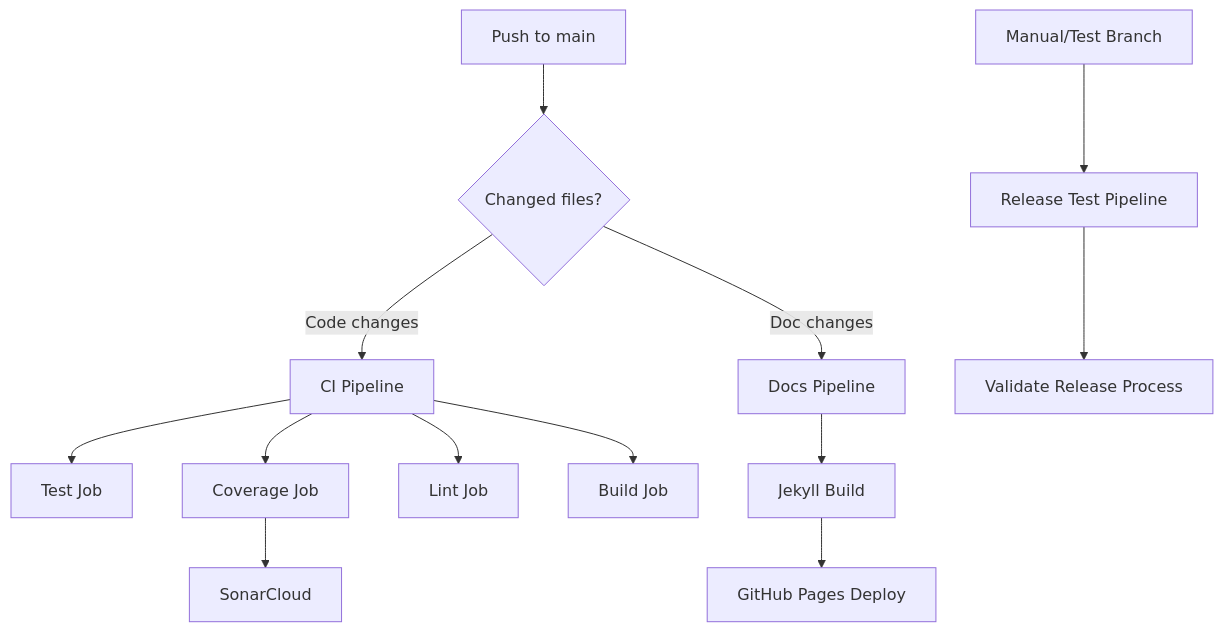
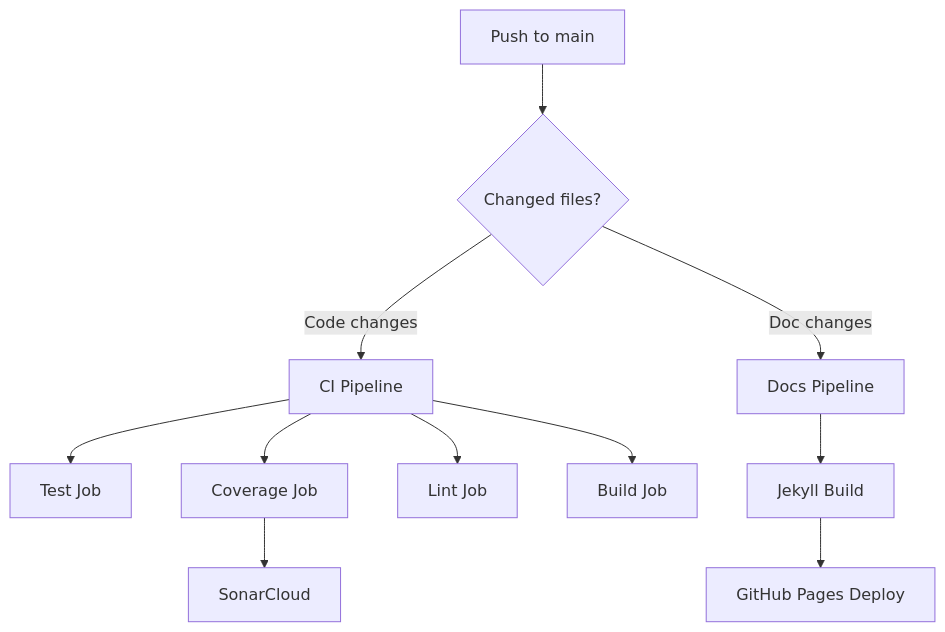
One commit to AltairaLabs/PromptKit changed the diagram in docs/src/content/docs/devops/ci-cd-pipelines.md. Above: the diagram before and after it, drawn with Mermaid. The commit also changed other lines of this file and 149 other files, not shown here.

````diff
--- a/docs/src/content/docs/devops/ci-cd-pipelines.md
+++ b/docs/src/content/docs/devops/ci-cd-pipelines.md
@@ -281,16 +221,13 @@
 ```mermaid
 graph TD
     A[Push to main] --> B{Changed files?}
     B -->|Code changes| C[CI Pipeline]
     B -->|Doc changes| D[Docs Pipeline]
     C --> E[Test Job]
     C --> F[Coverage Job]
     C --> G[Lint Job]
     C --> H[Build Job]
     F --> I[SonarCloud]
     D --> J[Jekyll Build]
     J --> K[GitHub Pages Deploy]
-    
-    L[Manual/Test Branch] --> M[Release Test Pipeline]
-    M --> N[Validate Release Process]
 ```
````
